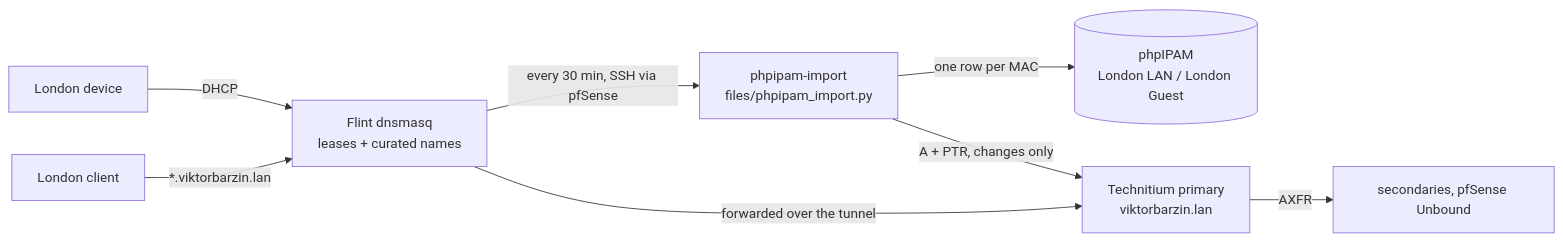
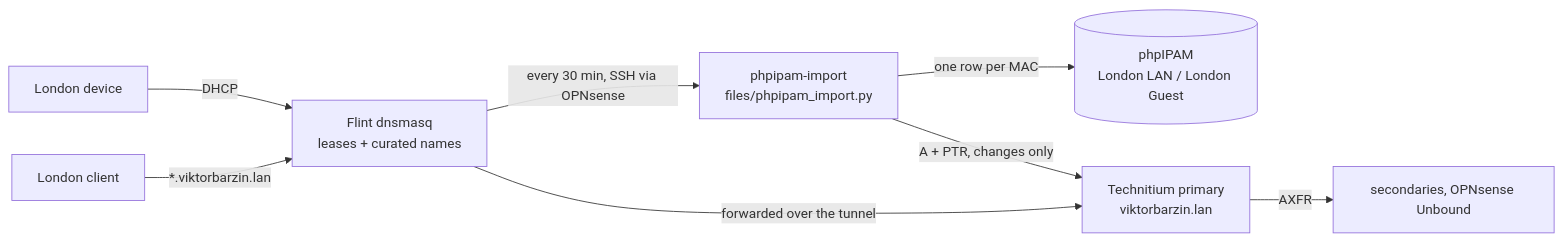
One commit to ViktorBarzin/infra changed the second of 2 diagrams in docs/architecture/dns.md. Above: the diagram before and after it, drawn with Mermaid. The commit also changed other lines of this file and 53 other files, not shown here.

````diff
--- a/docs/architecture/dns.md
+++ b/docs/architecture/dns.md
@@ -506,10 +510,10 @@
 ```mermaid
 flowchart LR
   D[London device] -->|DHCP| F[Flint dnsmasq<br/>leases + curated names]
-  F -->|every 30 min, SSH via pfSense| I[phpipam-import<br/>files/phpipam_import.py]
+  F -->|every 30 min, SSH via OPNsense| I[phpipam-import<br/>files/phpipam_import.py]
   I -->|one row per MAC| P[(phpIPAM<br/>London LAN / London Guest)]
   I -->|A + PTR, changes only| T[Technitium primary<br/>viktorbarzin.lan]
-  T -->|AXFR| R[secondaries, pfSense Unbound]
+  T -->|AXFR| R[secondaries, OPNsense Unbound]
   LC[London client] -->|"*.viktorbarzin.lan"| F
   F -->|forwarded over the tunnel| T
 ```
````
